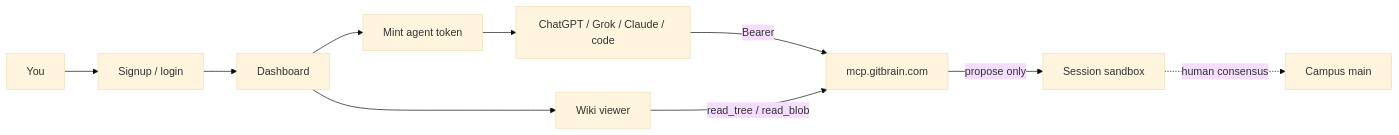
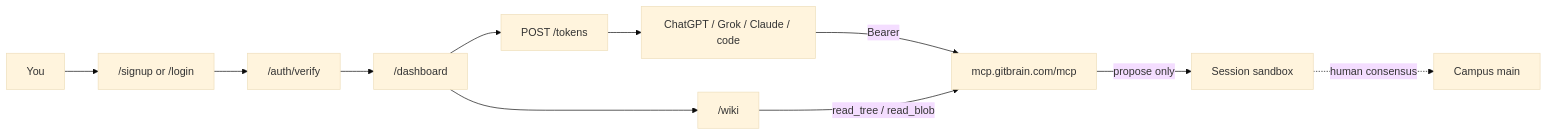
One commit to gitbrainlab/gitbrain-adopt changed the diagram in docs/05-signup-e2e.md. Above: the diagram before and after it, drawn with Mermaid (base theme). The commit also changed other lines of this file and 16 other files, not shown here.

First line of the commit message:
Align adopt-kit docs with live app.gitbrain.com and MCP

````diff
--- a/docs/05-signup-e2e.md
+++ b/docs/05-signup-e2e.md
@@ -9,12 +9,13 @@
 ```mermaid
 flowchart LR
-  U[You] --> S[Signup / login]
-  S --> D[Dashboard]
-  D --> T[Mint agent token]
+  U[You] --> S["/signup or /login"]
+  S --> V["/auth/verify"]
+  V --> D["/dashboard"]
+  D --> T["POST /tokens"]
   T --> A[ChatGPT / Grok / Claude / code]
-  A -->|Bearer| M[mcp.gitbrain.com]
+  A -->|Bearer| M[mcp.gitbrain.com/mcp]
   M -->|propose only| Sess[Session sandbox]
-  D --> W[Wiki viewer]
+  D --> W["/wiki"]
   W -->|read_tree / read_blob| M
   Sess -.->|human consensus| Campus[Campus main]
 ```
````
